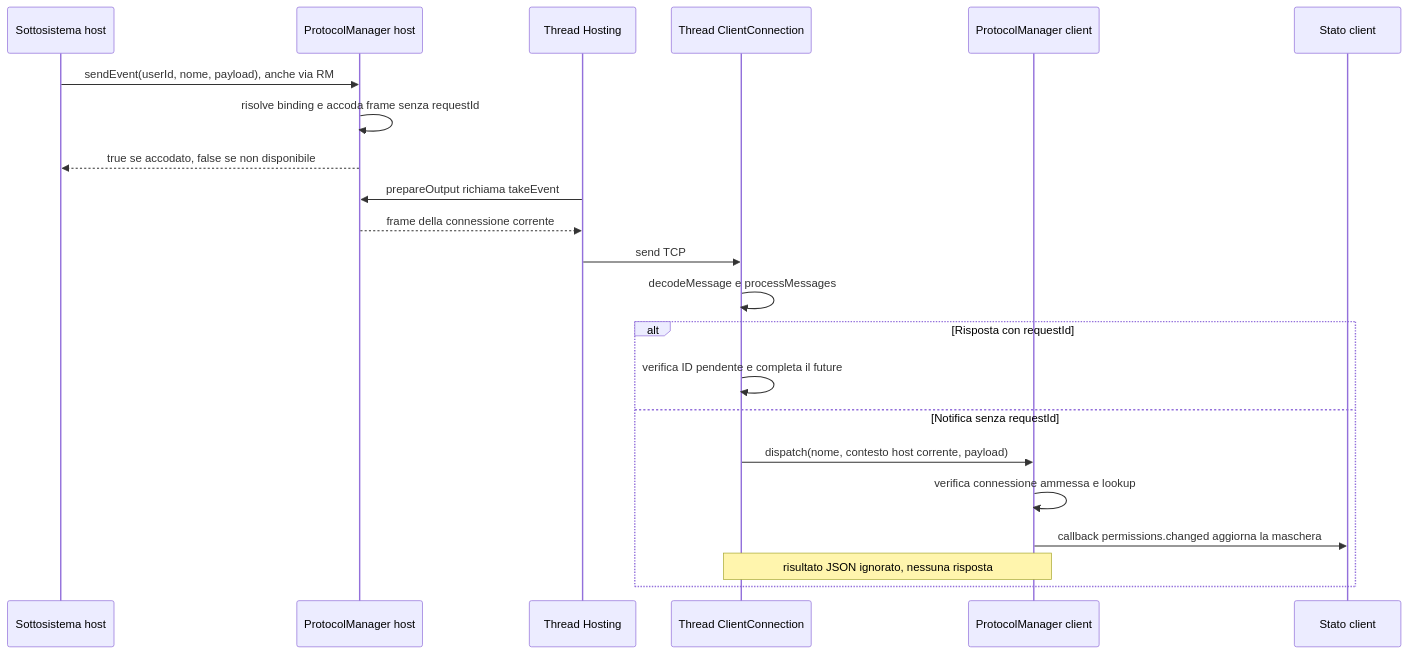
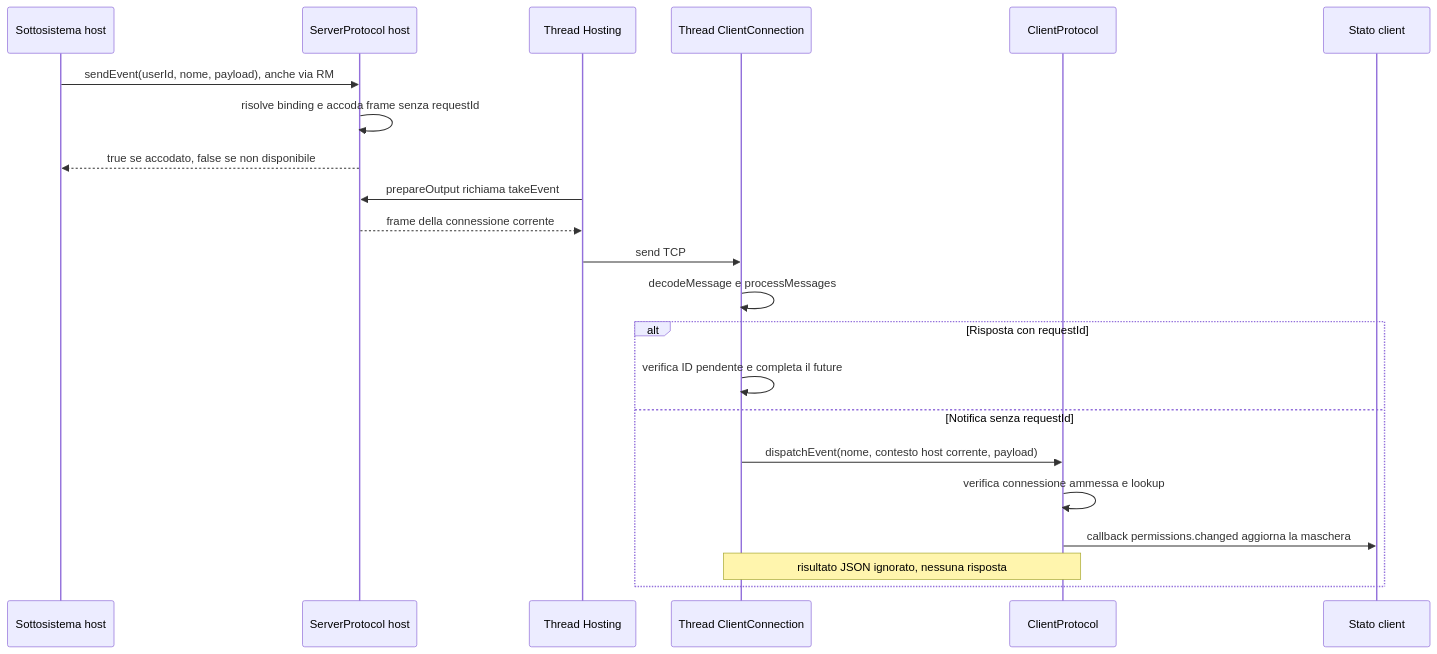
One commit to ForzaElettromotrice/GolarionHelper changed the eighth of 9 diagrams in .context/session-flows.md. Above: the diagram before and after it, drawn with Mermaid. The commit also changed other lines of this file and 13 other files, not shown here.

````diff
--- a/.context/session-flows.md
+++ b/.context/session-flows.md
@@ -224,24 +224,24 @@
 ```mermaid
 sequenceDiagram
     participant Sub as Sottosistema host
-    participant HP as ProtocolManager host
+    participant HP as ServerProtocol host
     participant H as Thread Hosting
     participant C as Thread ClientConnection
-    participant CP as ProtocolManager client
+    participant CP as ClientProtocol
     participant State as Stato client
     Sub->>HP: sendEvent(userId, nome, payload), anche via RM
     HP->>HP: risolve binding e accoda frame senza requestId
     HP-->>Sub: true se accodato, false se non disponibile
     H->>HP: prepareOutput richiama takeEvent
     HP-->>H: frame della connessione corrente
     H->>C: send TCP
     C->>C: decodeMessage e processMessages
     alt Risposta con requestId
         C->>C: verifica ID pendente e completa il future
     else Notifica senza requestId
-        C->>CP: dispatch(nome, contesto host corrente, payload)
+        C->>CP: dispatchEvent(nome, contesto host corrente, payload)
         CP->>CP: verifica connessione ammessa e lookup
         CP->>State: callback permissions.changed aggiorna la maschera
         Note over C,CP: risultato JSON ignorato, nessuna risposta
     end
 ```
````
